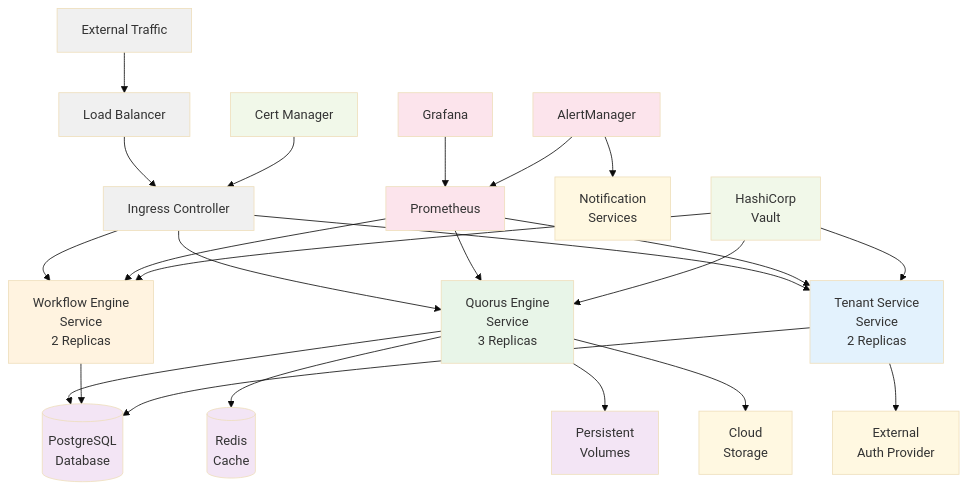
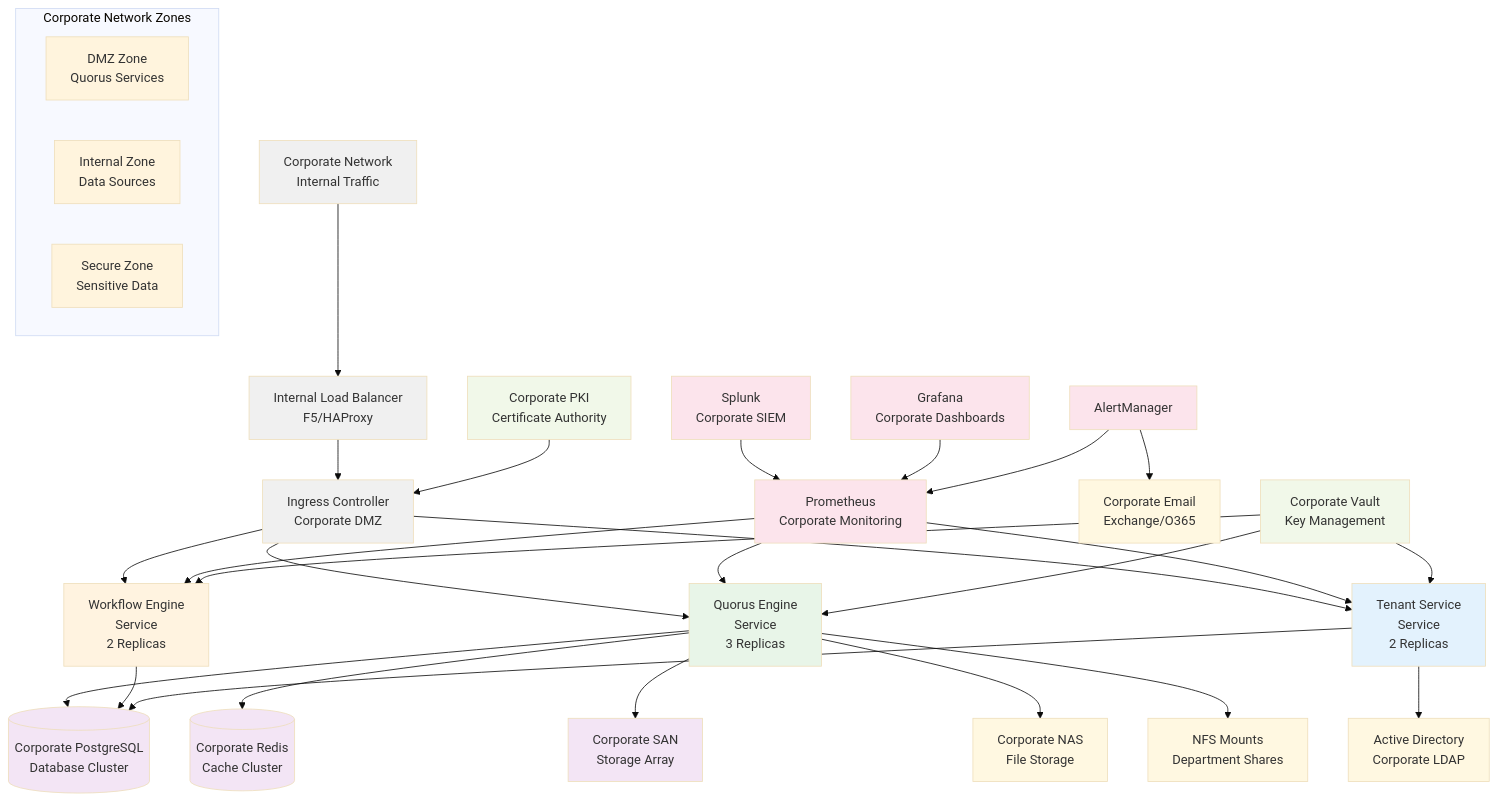
One commit to mraysmit/quorus changed the sixth of 9 diagrams in docs/quorus-comprehensive-system-design.md. Above: the diagram before and after it, drawn with Mermaid (base theme). The commit also changed other lines of this file and 2 other files, not shown here.

Commit message:
Add internal network transfer example demonstrating corporate file transfer scenarios

````diff
--- a/docs/quorus-comprehensive-system-design.md
+++ b/docs/quorus-comprehensive-system-design.md
@@ -1157,66 +1210,77 @@
 ```mermaid
 graph TD
-    %% External Traffic
-    EXT[External Traffic] --> LB[Load Balancer]
+    %% Internal Corporate Network Traffic
+    CORP[Corporate Network<br/>Internal Traffic] --> LB[Internal Load Balancer<br/>F5/HAProxy]
 
-    %% Ingress Layer
-    LB --> ING[Ingress Controller]
+    %% Corporate DMZ
+    LB --> ING[Ingress Controller<br/>Corporate DMZ]
 
-    %% Application Services
+    %% Application Services in Corporate Data Center
     ING --> QE[Quorus Engine<br/>Service<br/>3 Replicas]
     ING --> WE[Workflow Engine<br/>Service<br/>2 Replicas]
     ING --> TS[Tenant Service<br/>Service<br/>2 Replicas]
 
-    %% Data Layer Connections
-    QE --> PG[(PostgreSQL<br/>Database)]
+    %% Corporate Data Layer
+    QE --> PG[(Corporate PostgreSQL<br/>Database Cluster)]
     WE --> PG
     TS --> PG
 
-    QE --> REDIS[(Redis<br/>Cache)]
+    QE --> REDIS[(Corporate Redis<br/>Cache Cluster)]
 
-    QE --> PV[Persistent<br/>Volumes]
+    QE --> SAN[Corporate SAN<br/>Storage Array]
 
-    %% External Services
-    TS --> AUTH[External<br/>Auth Provider]
-    QE --> STORAGE[Cloud<br/>Storage]
+    %% Corporate Identity and Storage
+    TS --> AD[Active Directory<br/>Corporate LDAP]
+    QE --> NAS[Corporate NAS<br/>File Storage]
+    QE --> NFS[NFS Mounts<br/>Department Shares]
 
-    %% Monitoring Stack
-    PROM[Prometheus] --> QE
+    %% Corporate Monitoring Stack
+    PROM[Prometheus<br/>Corporate Monitoring] --> QE
     PROM --> WE
     PROM --> TS
 
-    GRAF[Grafana] --> PROM
+    SPLUNK[Splunk<br/>Corporate SIEM] --> PROM
+    GRAF[Grafana<br/>Corporate Dashboards] --> PROM
     ALERT[AlertManager] --> PROM
-    ALERT --> NOTIFY[Notification<br/>Services]
+    ALERT --> EMAIL[Corporate Email<br/>Exchange/O365]
 
-    %% Security Services
-    VAULT[HashiCorp<br/>Vault] --> QE
+    %% Corporate Security Services
+    VAULT[Corporate Vault<br/>Key Management] --> QE
     VAULT --> WE
     VAULT --> TS
 
-    CERT[Cert Manager] --> ING
+    CA[Corporate PKI<br/>Certificate Authority] --> ING
 
-    %% Styling by Layer
-    style EXT fill:#f0f0f0
+    %% Network Zones
+    subgraph "Corporate Network Zones"
+        DMZ[DMZ Zone<br/>Quorus Services]
+        INTERNAL[Internal Zone<br/>Data Sources]
+        SECURE[Secure Zone<br/>Sensitive Data]
+    end
+
+    %% Styling by Corporate Zone
+    style CORP fill:#f0f0f0
     style LB fill:#f0f0f0
     style ING fill:#f0f0f0
 
     style QE fill:#e8f5e8
     style WE fill:#fff3e0
     style TS fill:#e3f2fd
 
     style PG fill:#f3e5f5
     style REDIS fill:#f3e5f5
-    style PV fill:#f3e5f5
+    style SAN fill:#f3e5f5
 
     style PROM fill:#fce4ec
+    style SPLUNK fill:#fce4ec
     style GRAF fill:#fce4ec
     style ALERT fill:#fce4ec
 
     style VAULT fill:#f1f8e9
-    style CERT fill:#f1f8e9
+    style CA fill:#f1f8e9
 
-    style AUTH fill:#fff8e1
-    style STORAGE fill:#fff8e1
-    style NOTIFY fill:#fff8e1
+    style AD fill:#fff8e1
+    style NAS fill:#fff8e1
+    style NFS fill:#fff8e1
+    style EMAIL fill:#fff8e1
 ```
````
